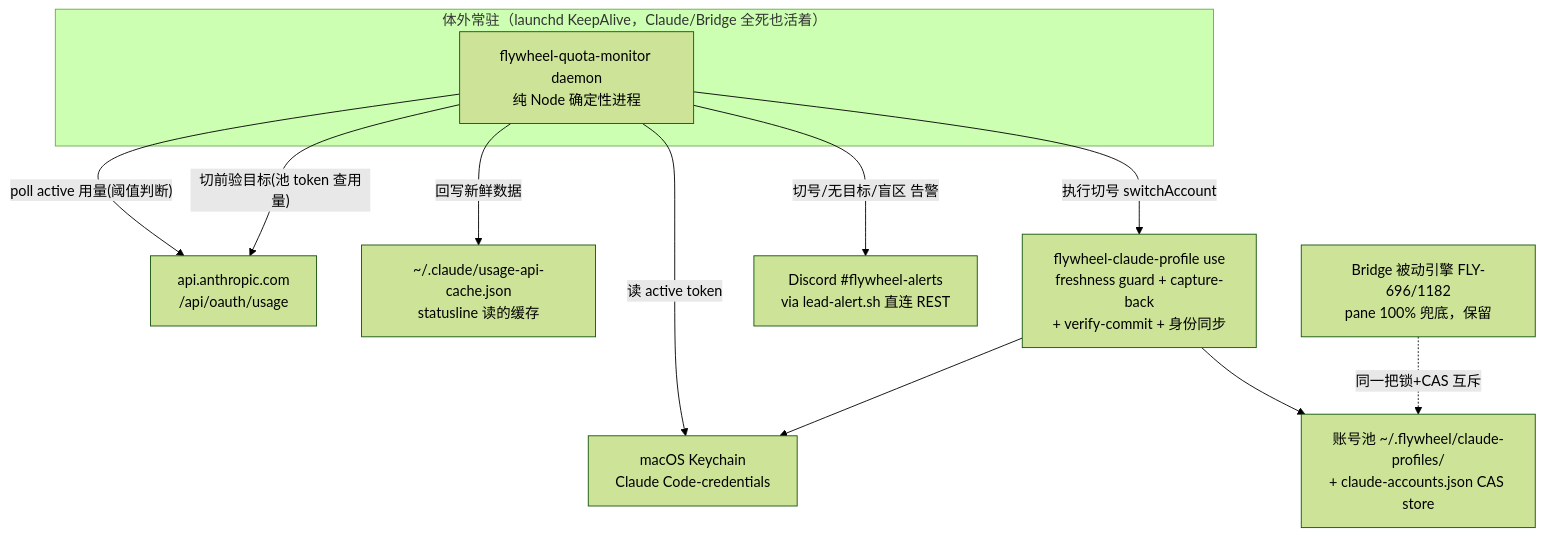
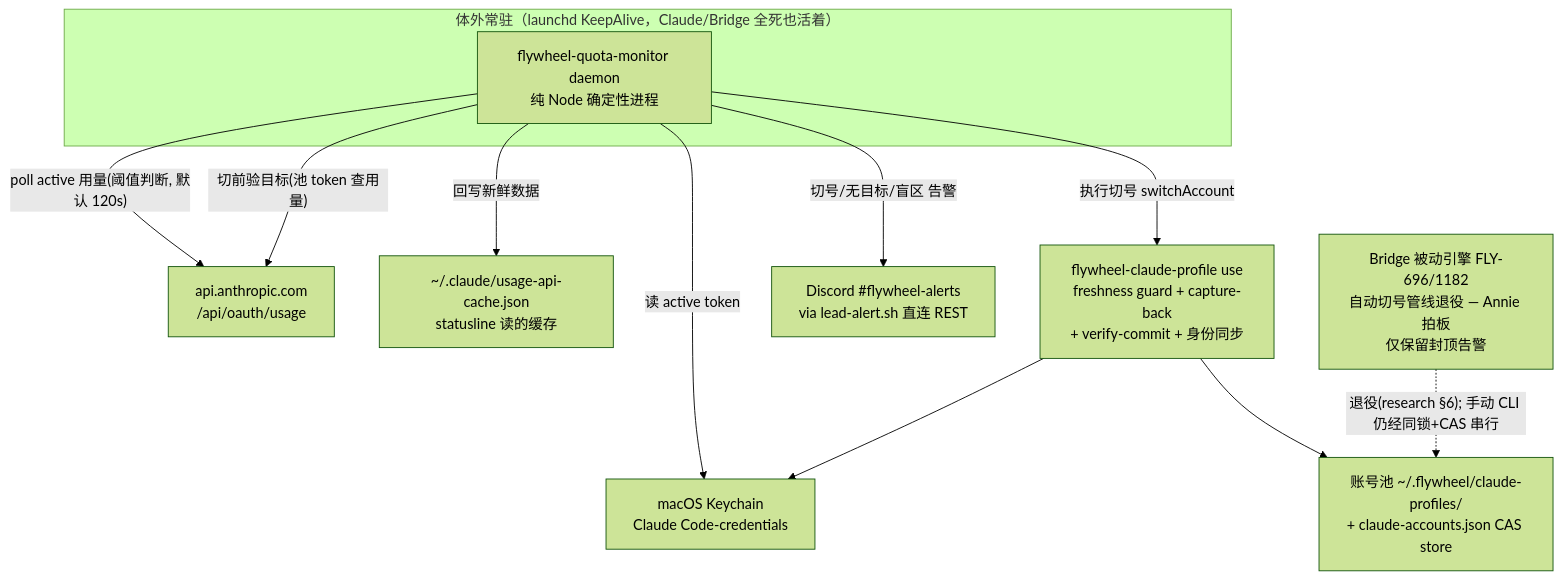
One commit to xrliAnnie/flywheel-qa-sandbox changed the diagram in engineering/doc/FLY-1256-external-quota-autoswitch/exploration.md. Above: the diagram before and after it, drawn with Mermaid (forest theme). The commit also changed other lines of this file and 1 other file, not shown here.

Commit message:
docs(FLY-1256): fold Annie's 7 annotations — Bridge engine retirement, rate-limit probe (5 calls/5min measured), backflow mode option

````diff
--- a/engineering/doc/FLY-1256-external-quota-autoswitch/exploration.md
+++ b/engineering/doc/FLY-1256-external-quota-autoswitch/exploration.md
@@ -60,23 +71,23 @@
 ```mermaid
 graph TB
     subgraph 体外["体外常驻（launchd KeepAlive，Claude/Bridge 全死也活着）"]
         D[flywheel-quota-monitor daemon<br/>纯 Node 确定性进程]
     end
     API[api.anthropic.com<br/>/api/oauth/usage]
     KC[macOS Keychain<br/>Claude Code-credentials]
     POOL[账号池 ~/.flywheel/claude-profiles/<br/>+ claude-accounts.json CAS store]
     CACHE[~/.claude/usage-api-cache.json<br/>statusline 读的缓存]
     PROF[flywheel-claude-profile use<br/>freshness guard + capture-back<br/>+ verify-commit + 身份同步]
     DISC[Discord #flywheel-alerts<br/>via lead-alert.sh 直连 REST]
-    BRIDGE[Bridge 被动引擎 FLY-696/1182<br/>pane 100% 兜底，保留]
+    BRIDGE[Bridge 被动引擎 FLY-696/1182<br/>自动切号管线退役 — Annie 拍板<br/>仅保留封顶告警]
 
-    D -->|"poll active 用量(阈值判断)"| API
+    D -->|"poll active 用量(阈值判断, 默认 120s)"| API
     D -->|读 active token| KC
     D -->|回写新鲜数据| CACHE
     D -->|"切前验目标(池 token 查用量)"| API
     D -->|执行切号 switchAccount| PROF
     PROF --> KC
     PROF --> POOL
     D -->|切号/无目标/盲区 告警| DISC
-    BRIDGE -.->|同一把锁+CAS 互斥| POOL
+    BRIDGE -.->|"退役(research §6); 手动 CLI 仍经同锁+CAS 串行"| POOL
 ```
````
